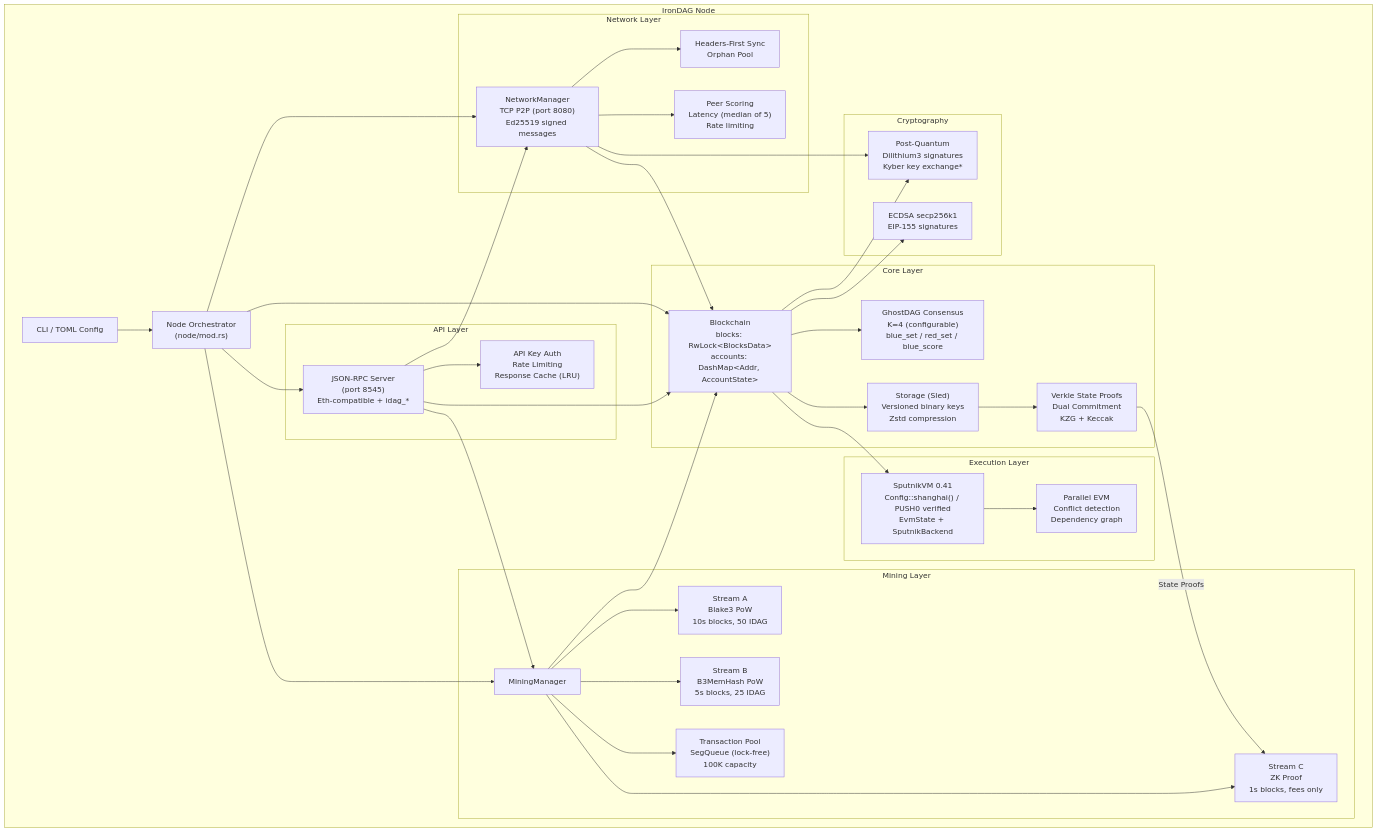
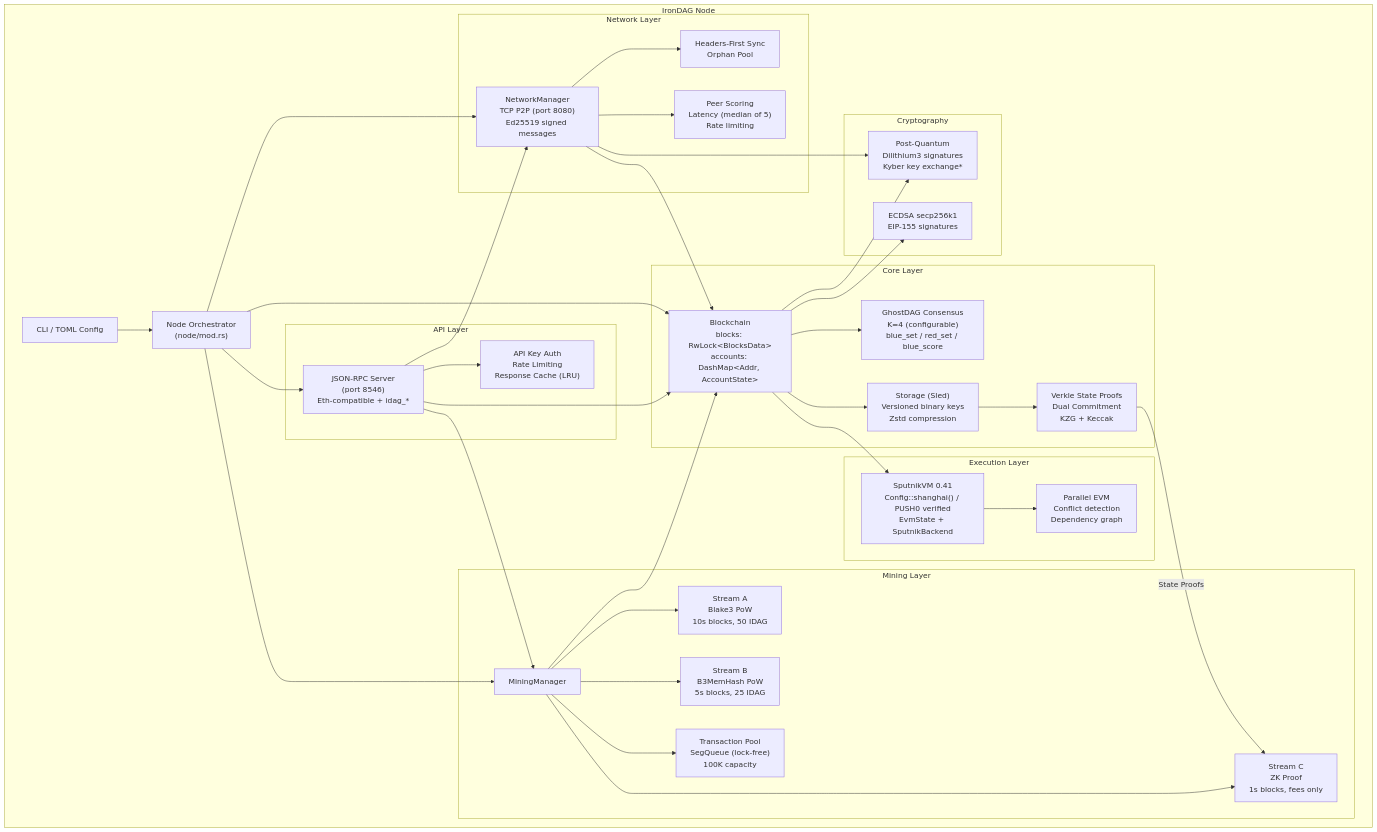
One commit to RunTimeAdmin/IronDAG changed the first of 8 diagrams in irondag-blockchain/docs/ARCHITECTURE.md. Above: the diagram before and after it, drawn with Mermaid. The commit also changed 59 other files, not shown here.

````diff
--- a/irondag-blockchain/docs/ARCHITECTURE.md
+++ b/irondag-blockchain/docs/ARCHITECTURE.md
@@ -11,76 +11,76 @@
 ```mermaid
 graph TB
     subgraph "IronDAG Node"
         CLI["CLI / TOML Config"]
         NODE["Node Orchestrator<br/>(node/mod.rs)"]
         
         subgraph "Core Layer"
             BC["Blockchain<br/>blocks: RwLock&lt;BlocksData&gt;<br/>accounts: DashMap&lt;Addr, AccountState&gt;"]
             GHOST["GhostDAG Consensus<br/>K=4 (configurable)<br/>blue_set / red_set / blue_score"]
             STORE["Storage (Sled)<br/>Versioned binary keys<br/>Zstd compression"]
             VERKLE["Verkle State Proofs<br/>Dual Commitment<br/>KZG + Keccak"]
         end
         
         subgraph "Execution Layer"
             EVM["SputnikVM 0.41<br/>Config::shanghai() / PUSH0 verified<br/>EvmState + SputnikBackend"]
             PEVM["Parallel EVM<br/>Conflict detection<br/>Dependency graph"]
         end
         
         subgraph "Mining Layer"
             MM["MiningManager"]
             SA["Stream A<br/>Blake3 PoW<br/>10s blocks, 50 IDAG"]
             SB["Stream B<br/>B3MemHash PoW<br/>5s blocks, 25 IDAG"]
             SC["Stream C<br/>ZK Proof<br/>1s blocks, fees only"]
             POOL["Transaction Pool<br/>SegQueue (lock-free)<br/>100K capacity"]
         end
         
         subgraph "Network Layer"
             NET["NetworkManager<br/>TCP P2P (port 8080)<br/>Ed25519 signed messages"]
             SYNC["Headers-First Sync<br/>Orphan Pool"]
             PEER["Peer Scoring<br/>Latency (median of 5)<br/>Rate limiting"]
         end
         
         subgraph "API Layer"
-            RPC["JSON-RPC Server<br/>(port 8545)<br/>Eth-compatible + idag_*"]
+            RPC["JSON-RPC Server<br/>(port 8546)<br/>Eth-compatible + idag_*"]
             AUTH["API Key Auth<br/>Rate Limiting<br/>Response Cache (LRU)"]
         end
         
         subgraph "Cryptography"
             PQC["Post-Quantum<br/>Dilithium3 signatures<br/>Kyber key exchange*"]
             ECDSA["ECDSA secp256k1<br/>EIP-155 signatures"]
         end
     end
     
     CLI --> NODE
     NODE --> BC
     NODE --> MM
     NODE --> NET
     NODE --> RPC
     
     BC --> GHOST
     BC --> STORE
     BC --> EVM
     EVM --> PEVM
     
     STORE --> VERKLE
     VERKLE --> |"State Proofs"| SC
     
     MM --> SA
     MM --> SB
     MM --> SC
     MM --> POOL
     MM --> BC
     
     NET --> SYNC
     NET --> PEER
     NET --> BC
     
     RPC --> AUTH
     RPC --> BC
     RPC --> MM
     RPC --> NET
     
     BC --> PQC
     BC --> ECDSA
     NET --> PQC
 ```
````
